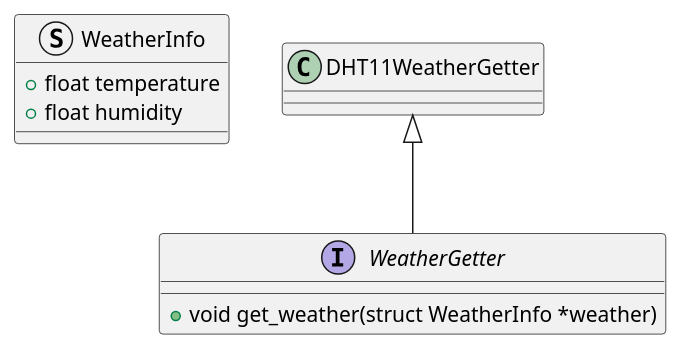
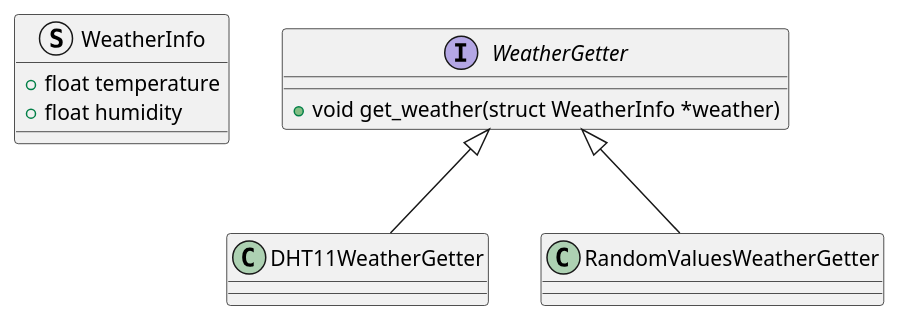
One commit to Beloin/LCD_Rasp_Weather changed the diagram in docs/weather.puml. Above: the diagram before and after it, drawn with PlantUML. The commit also changed 7 other files, not shown here.

```diff
--- a/docs/weather.puml
+++ b/docs/weather.puml
@@ -1,15 +1,16 @@
 @startuml Weather UML
 
 
 struct WeatherInfo {
     + float temperature
     + float humidity
 }
 
 interface WeatherGetter {
     + void get_weather(struct WeatherInfo *weather)
 }
 
-DHT11WeatherGetter <|-- WeatherGetter
+WeatherGetter <|-- DHT11WeatherGetter
+WeatherGetter <|-- RandomValuesWeatherGetter
 
 @enduml
```
